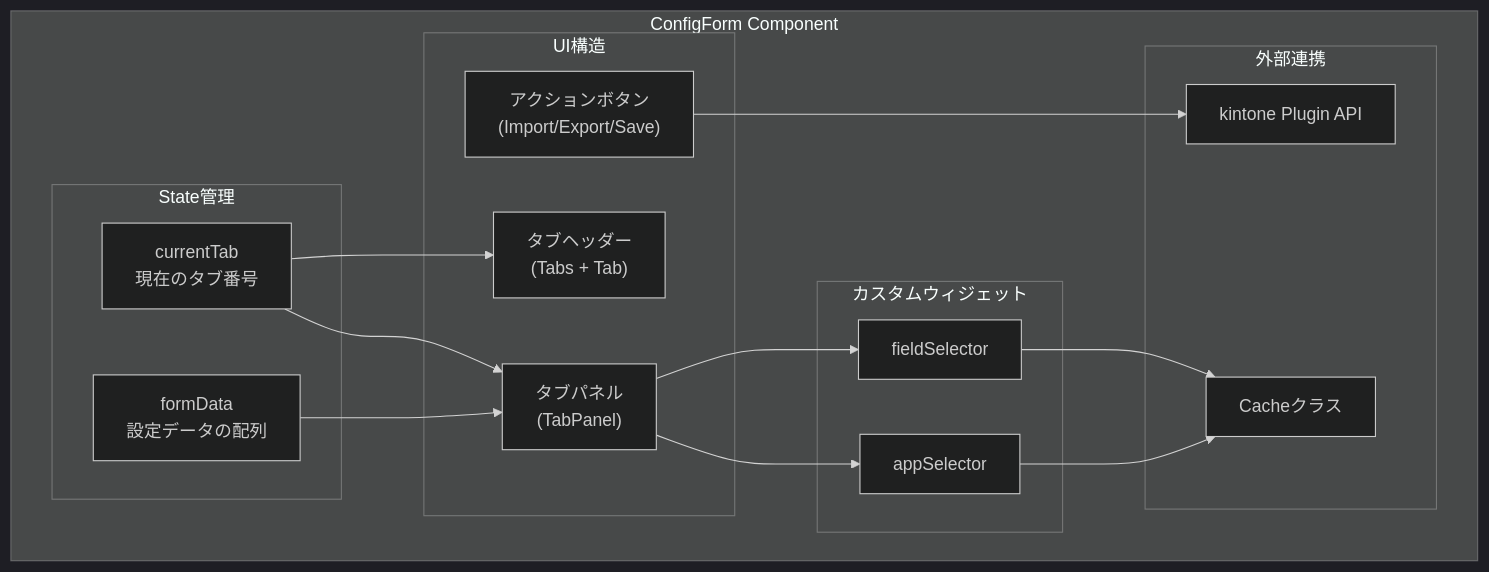
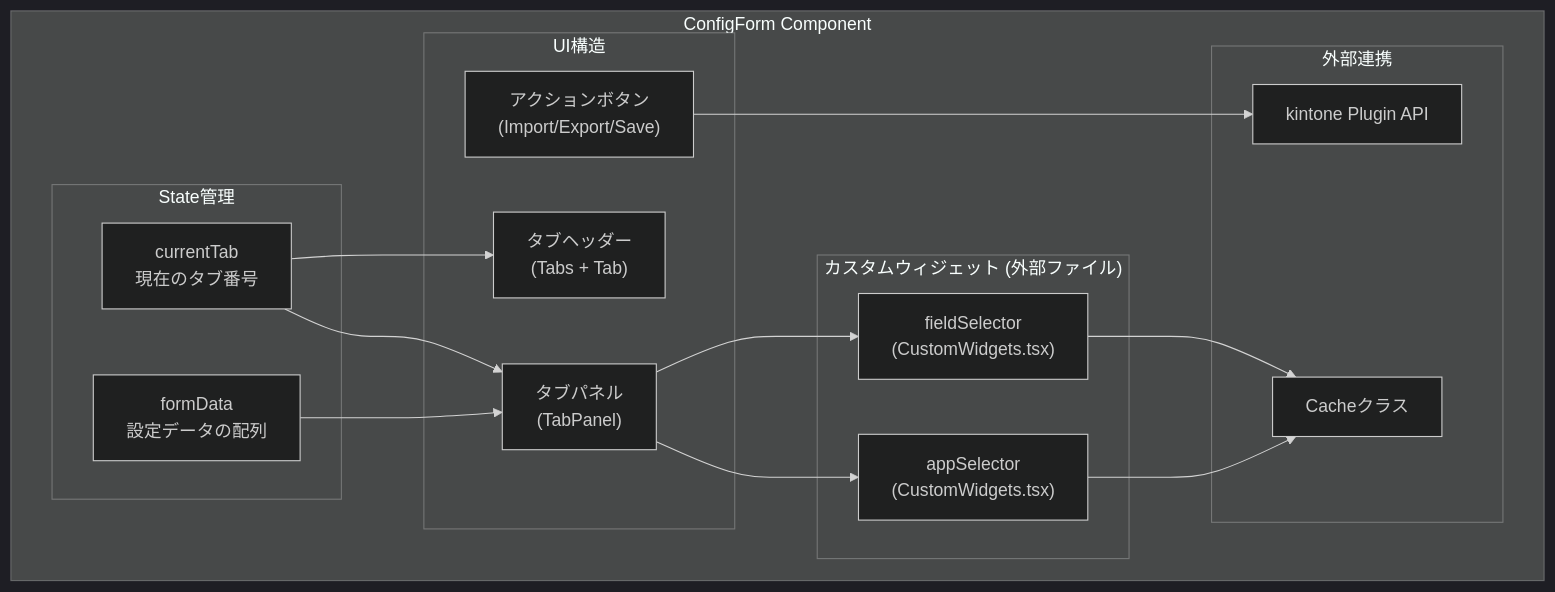
One commit to okayus/kintone-plugin-template changed the first of 7 diagrams in docs/configform-detailed-explanation.md. Above: the diagram before and after it, drawn with Mermaid (dark theme). The commit also changed other lines of this file and 3 other files, not shown here.

````diff
--- a/docs/configform-detailed-explanation.md
+++ b/docs/configform-detailed-explanation.md
@@ -8,36 +14,36 @@
 ```mermaid
 graph TB
     subgraph "ConfigForm Component"
         subgraph "State管理"
             FormData["formData<br/>設定データの配列"]
             CurrentTab["currentTab<br/>現在のタブ番号"]
         end
         
         subgraph "UI構造"
             TabHeader["タブヘッダー<br/>(Tabs + Tab)"]
             TabPanels["タブパネル<br/>(TabPanel)"]
             ActionButtons["アクションボタン<br/>(Import/Export/Save)"]
         end
         
-        subgraph "カスタムウィジェット"
-            AppSelector["appSelector"]
-            FieldSelector["fieldSelector"]
+        subgraph "カスタムウィジェット (外部ファイル)"
+            AppSelector["appSelector<br/>(CustomWidgets.tsx)"]
+            FieldSelector["fieldSelector<br/>(CustomWidgets.tsx)"]
         end
         
         subgraph "外部連携"
             KintoneAPI["kintone Plugin API"]
             Cache["Cacheクラス"]
         end
     end
     
     FormData --> TabPanels
     CurrentTab --> TabHeader
     CurrentTab --> TabPanels
     
     TabPanels --> AppSelector
     TabPanels --> FieldSelector
     
     AppSelector --> Cache
     FieldSelector --> Cache
     ActionButtons --> KintoneAPI
 ```
````
